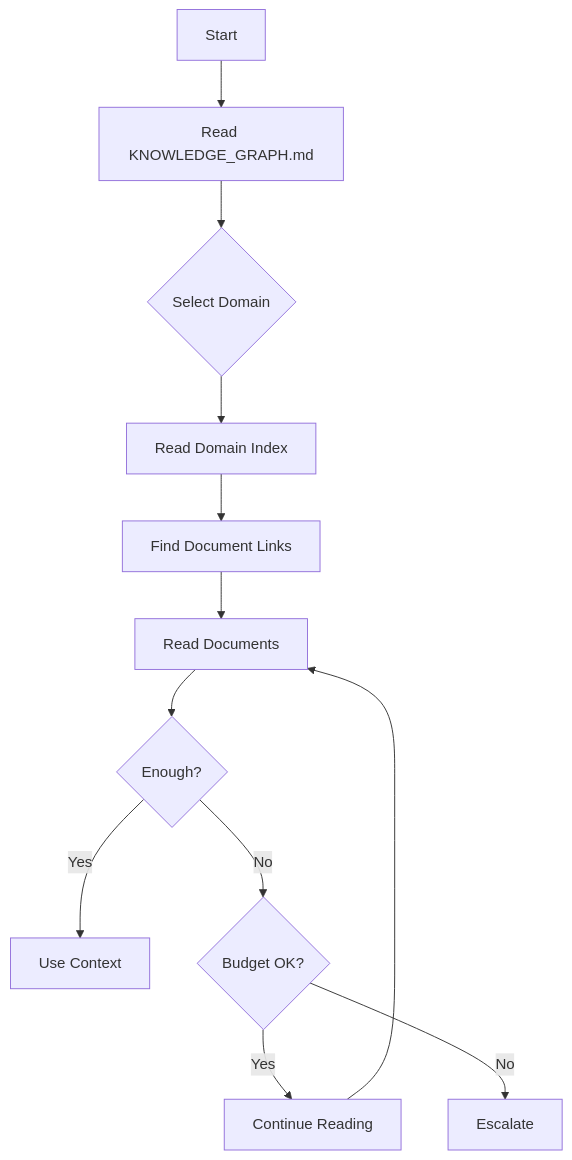
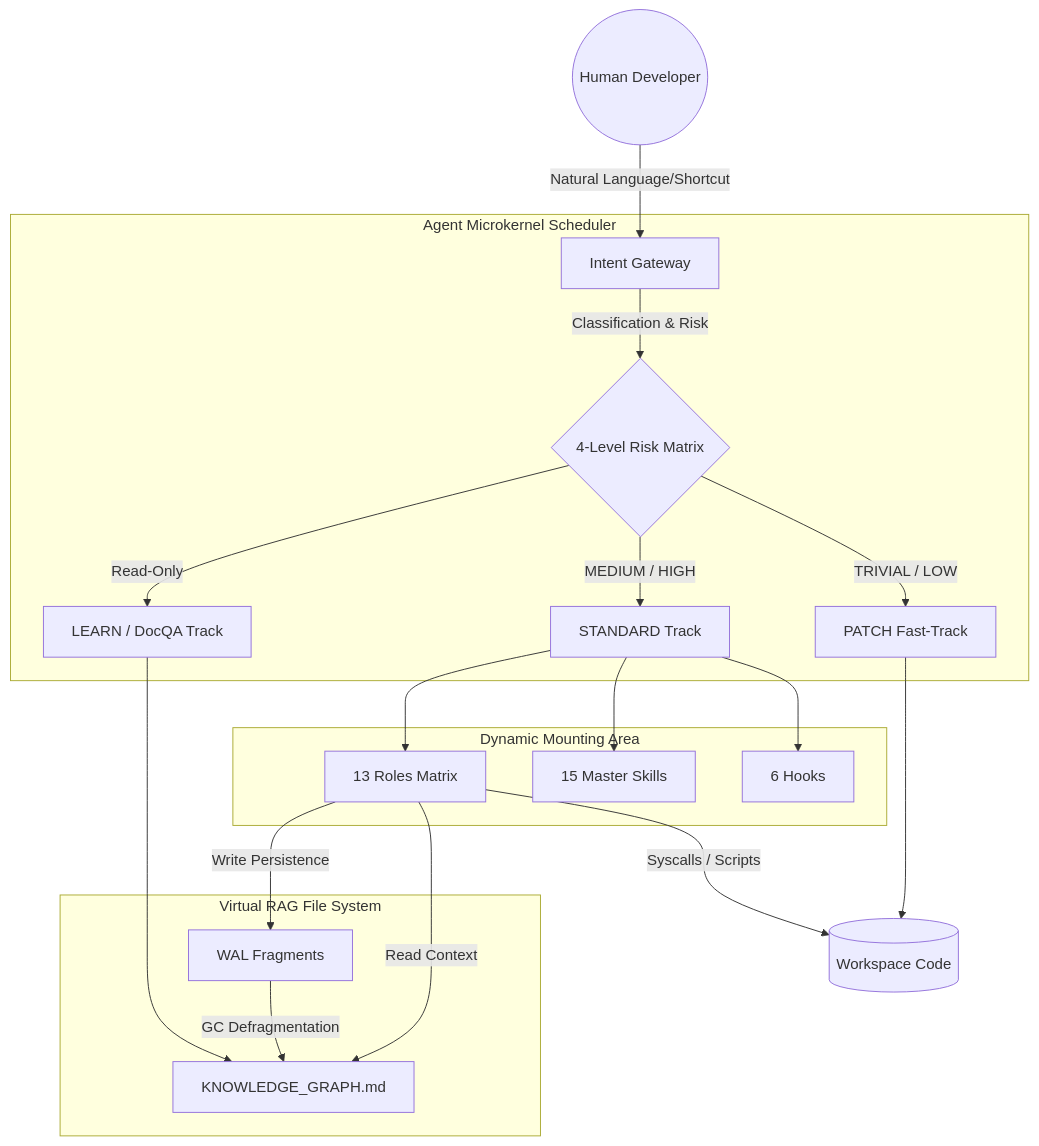
The first of 5 diagrams in ENGINEERING_MANUAL.md (listener-He/java-harness-agent), drawn with Mermaid before and after one commit. The commit also changed other lines of this file and 37 other files, not shown here.

````diff
--- a/ENGINEERING_MANUAL.md
+++ b/ENGINEERING_MANUAL.md
@@ -691,14 +46,27 @@
 ```mermaid
-flowchart TB
-  Start[Start] --> ReadKG[Read KNOWLEDGE_GRAPH.md]
-  ReadKG --> SelectDomain{Select Domain}
-  SelectDomain --> ReadIndex[Read Domain Index]
-  ReadIndex --> FindDoc[Find Document Links]
-  FindDoc --> ReadDoc[Read Documents]
-  ReadDoc --> Enough{Enough?}
-  Enough -->|Yes| Use[Use Context]
-  Enough -->|No| CheckBudget{Budget OK?}
-  CheckBudget -->|Yes| Continue[Continue Reading]
-  CheckBudget -->|No| Escalate[Escalate]
-  Continue --> ReadDoc
+graph TD
+    User((Human Developer)) -->|Natural Language/Shortcut| Gateway[Intent Gateway]
+    
+    subgraph Agent Microkernel Scheduler
+        Gateway -->|Classification & Risk| Matrix{4-Level Risk Matrix}
+        Matrix -->|TRIVIAL / LOW| PatchTrack[PATCH Fast-Track]
+        Matrix -->|MEDIUM / HIGH| StandardTrack[STANDARD Track]
+        Matrix -->|Read-Only| LearnTrack[LEARN / DocQA Track]
+    end
+    
+    subgraph Dynamic Mounting Area
+        StandardTrack --> Roles[13 Roles Matrix]
+        StandardTrack --> Skills[15 Master Skills]
+        StandardTrack --> Hooks[6 Hooks]
+    end
+    
+    subgraph Virtual RAG File System
+        Roles -->|Read Context| KGraph[KNOWLEDGE_GRAPH.md]
+        Roles -->|Write Persistence| WAL[WAL Fragments]
+        WAL -->|GC Defragmentation| KGraph
+    end
+    
+    PatchTrack --> CodeBase[(Workspace Code)]
+    Roles -->|Syscalls / Scripts| CodeBase
+    LearnTrack --> KGraph
 ```
````
